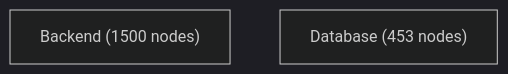
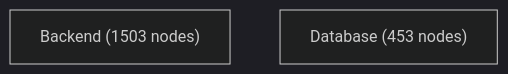
Before and after one commit to jankneumann/agentic-coding-tools: the first of 4 diagrams in docs/architecture-analysis/architecture.report.md, drawn with Mermaid (dark theme). The commit also changed other lines of this file and 12 other files, not shown here.

````diff
--- a/docs/architecture-analysis/architecture.report.md
+++ b/docs/architecture-analysis/architecture.report.md
@@ -502,5 +502,5 @@
 ```mermaid
 flowchart TB
-    Backend["Backend (1500 nodes)"]
+    Backend["Backend (1503 nodes)"]
     Database["Database (453 nodes)"]
 ```
````
